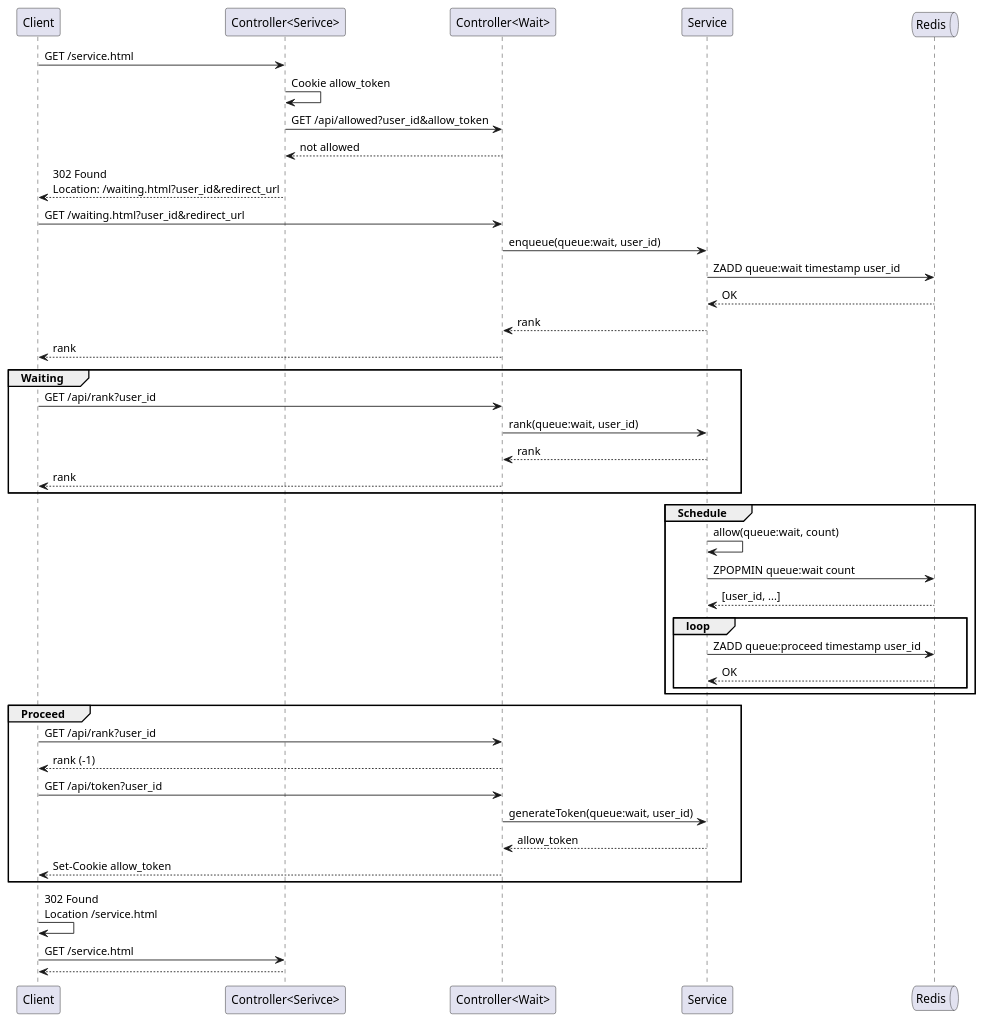
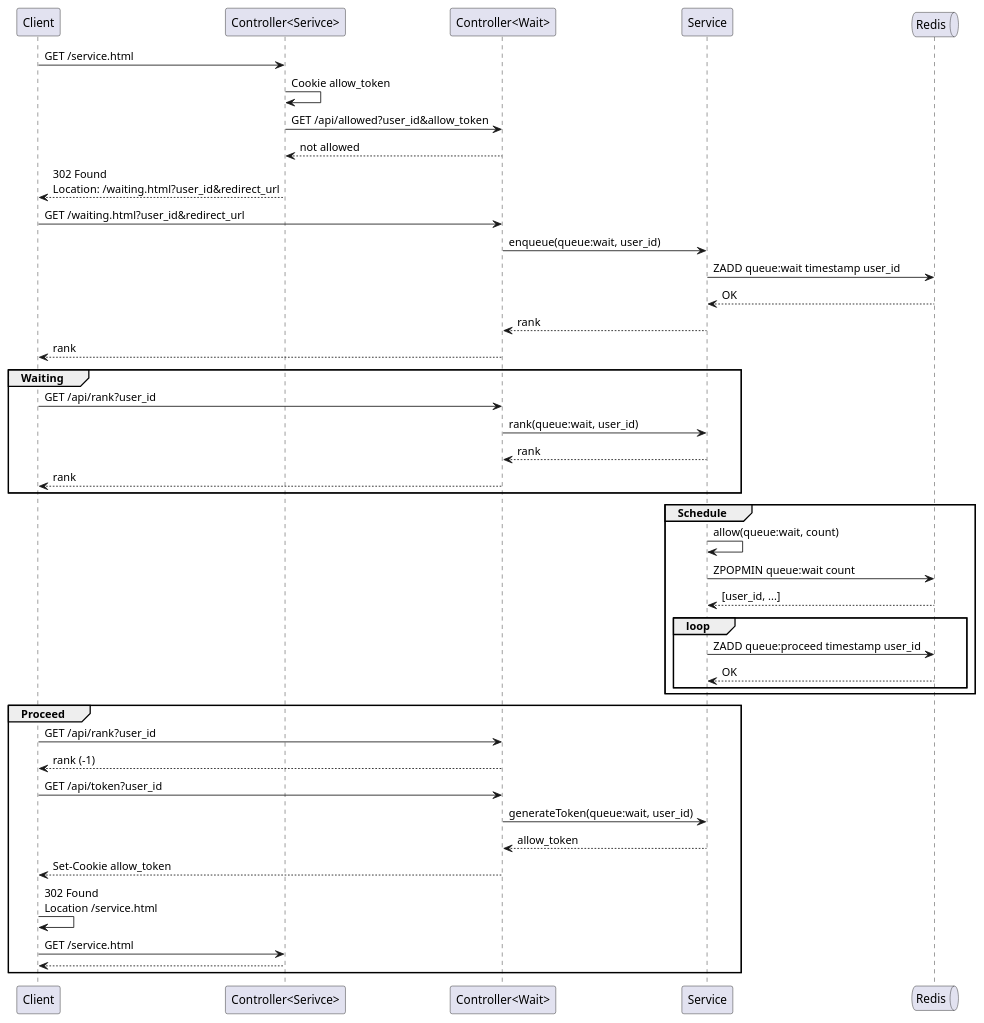
The diagram in _diary/2024-06-08.md (yanghoon/obsidian-workspace), drawn with PlantUML before and after one commit.

Commit message:
vault backup: 2024-06-09 19:48:07

````diff
--- a/_diary/2024-06-08.md
+++ b/_diary/2024-06-08.md
@@ -11,55 +11,55 @@
 ```plantuml
 @startuml
 
 participant Client
 participant "Controller<Serivce>" as ServiceController
 participant "Controller<Wait>" as Controller
 participant Service
 queue Redis
 
 Client -> ServiceController: GET /service.html
   ServiceController -> ServiceController: Cookie allow_token
   ServiceController -> Controller: GET /api/allowed?user_id&allow_token
   ServiceController <-- Controller: not allowed
 Client <-- ServiceController: 302 Found\nLocation: /waiting.html?user_id&redirect_url
 
 Client -> Controller: GET /waiting.html?user_id&redirect_url
   Controller -> Service: enqueue(queue:wait, user_id)
     Service -> Redis: ZADD queue:wait timestamp user_id
     Service <-- Redis: OK
   Controller <-- Service: rank
 Client <-- Controller: rank
 
 group Waiting
   Client -> Controller: GET /api/rank?user_id
     Controller -> Service: rank(queue:wait, user_id)
     Controller <-- Service: rank
   Client <-- Controller: rank
 end
 
 group Schedule
   Service -> Service: allow(queue:wait, count)
   Service -> Redis: ZPOPMIN queue:wait count
   Service <-- Redis: [user_id, ...]
   loop
     Service -> Redis: ZADD queue:proceed timestamp user_id
     Service <-- Redis: OK
   end
 end
 
 group Proceed
   Client -> Controller: GET /api/rank?user_id
   Client <-- Controller: rank (-1)
 
   Client -> Controller: GET /api/token?user_id
     Controller -> Service: generateToken(queue:wait, user_id)
     Controller <-- Service: allow_token
   Client <-- Controller: Set-Cookie allow_token
+
+  Client -> Client: 302 Found\nLocation /service.html
+  Client -> ServiceController: GET /service.html
+  Client <-- ServiceController
 end
-
-Client -> Client: 302 Found\nLocation /service.html
-Client -> ServiceController: GET /service.html
-Client <-- ServiceController
 
 @enduml
 ```
````
